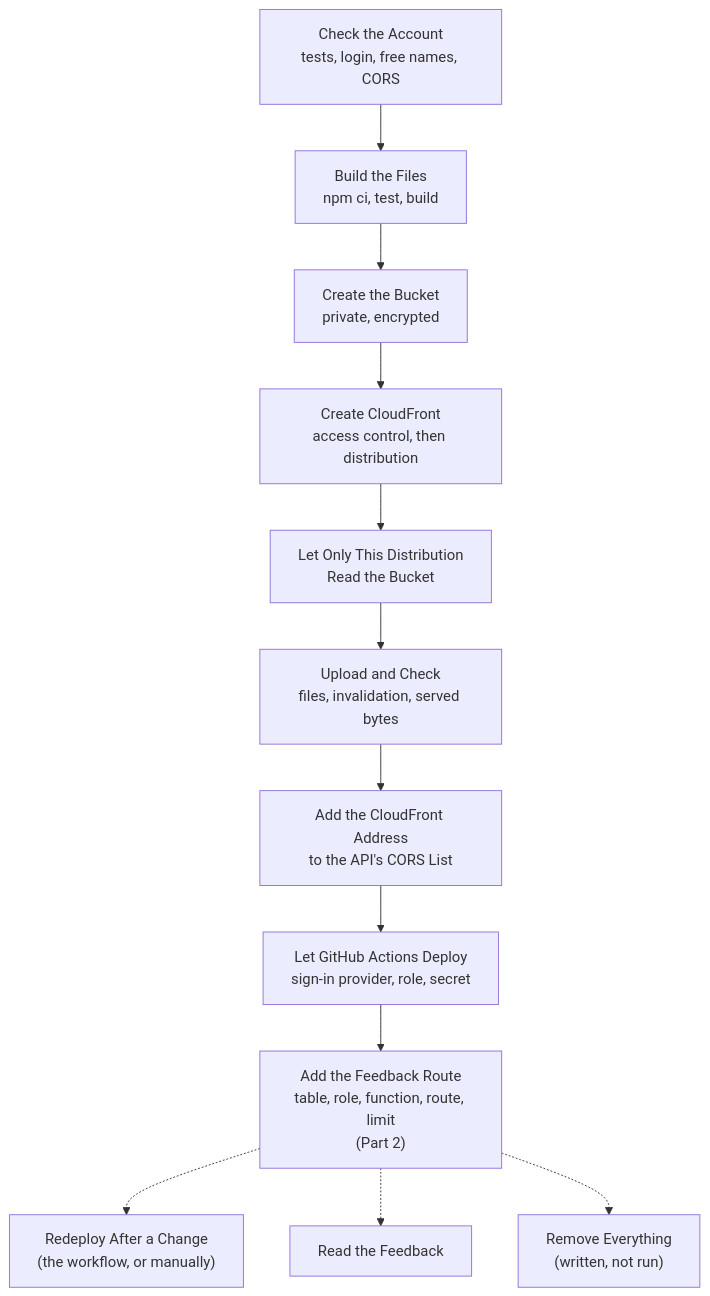
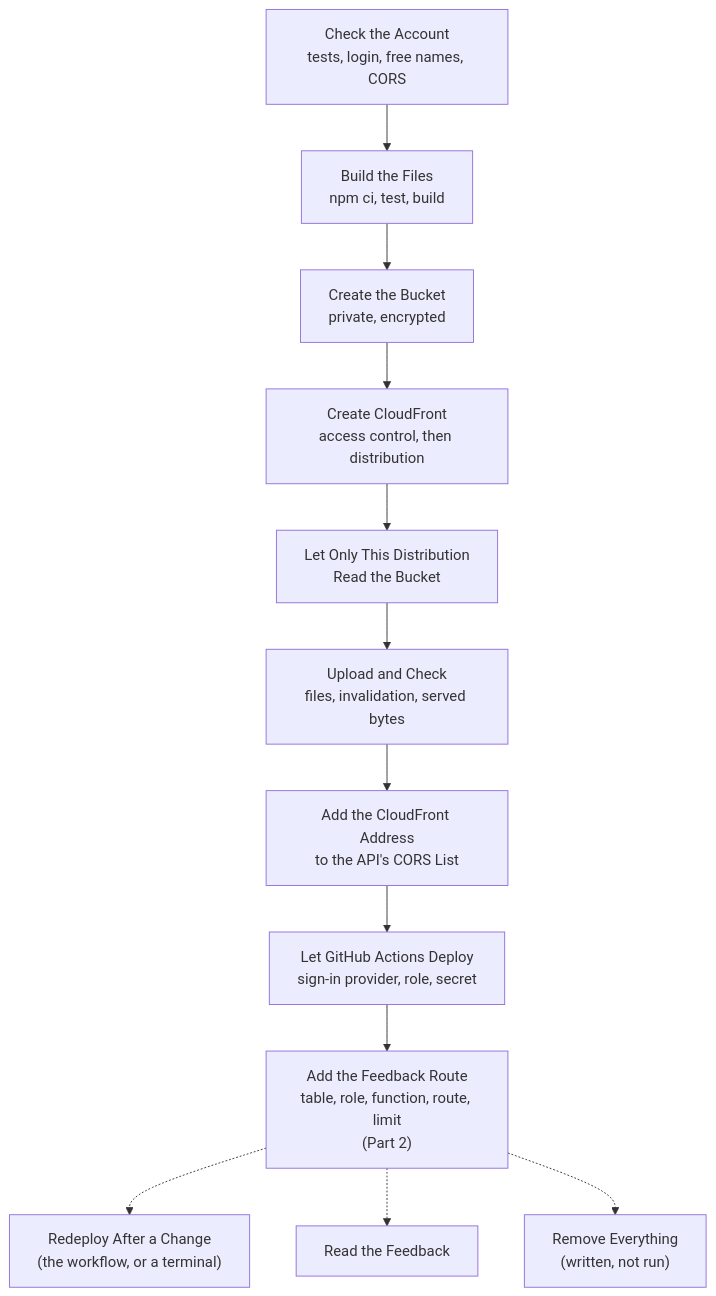
Before and after one commit to jconnors23/510-m3-nfl-prediction-analytics: the diagram in docs/implementation/phase-5/deployment-guide.md, drawn with Mermaid. The commit also changed other lines of this file and 45 other files, not shown here.

````diff
--- a/docs/implementation/phase-5/deployment-guide.md
+++ b/docs/implementation/phase-5/deployment-guide.md
@@ -12,14 +12,14 @@
 ```mermaid
 flowchart TB
     A["Check the Account<br/>tests, login, free names, CORS"] --> B["Build the Files<br/>npm ci, test, build"]
     B --> C["Create the Bucket<br/>private, encrypted"]
     C --> D["Create CloudFront<br/>access control, then distribution"]
     D --> E["Let Only This Distribution<br/>Read the Bucket"]
     E --> F["Upload and Check<br/>files, invalidation, served bytes"]
     F --> G["Add the CloudFront Address<br/>to the API's CORS List"]
     G --> J["Let GitHub Actions Deploy<br/>sign-in provider, role, secret"]
     J --> K["Add the Feedback Route<br/>table, role, function, route, limit<br/>(Part 2)"]
-    K -.-> H["Redeploy After a Change<br/>(the workflow, or manually)"]
+    K -.-> H["Redeploy After a Change<br/>(the workflow, or a terminal)"]
     K -.-> L["Read the Feedback"]
     K -.-> I["Remove Everything<br/>(written, not run)"]
 ```
````
